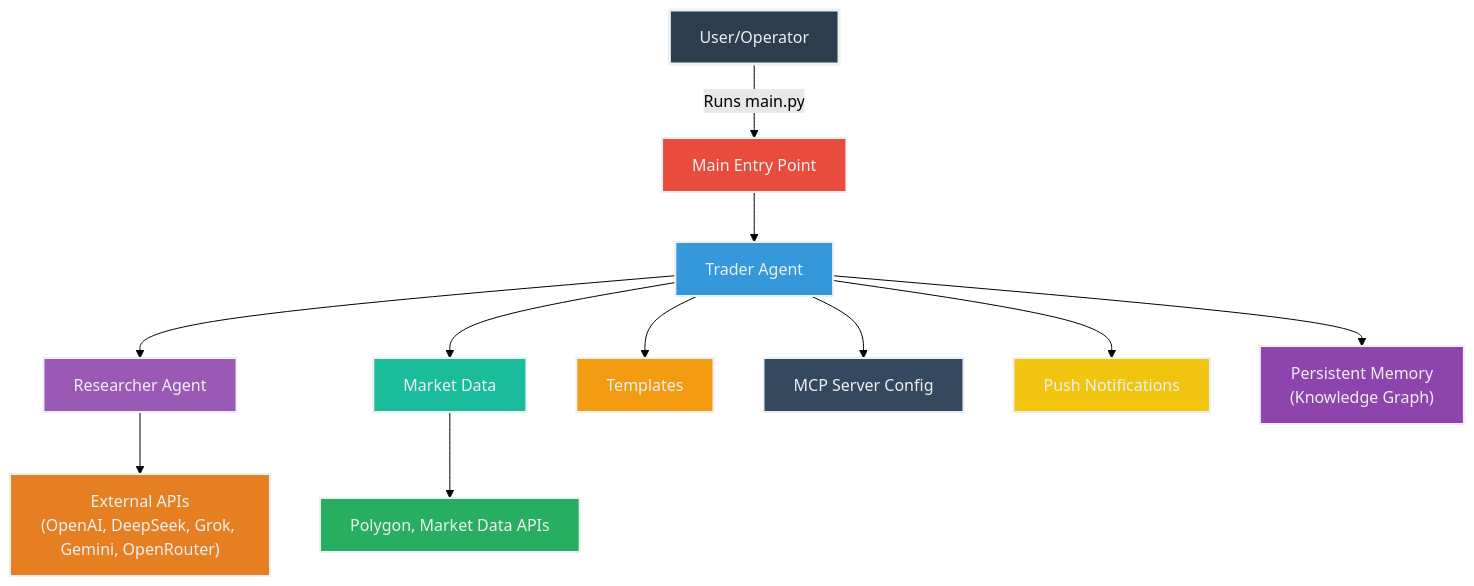
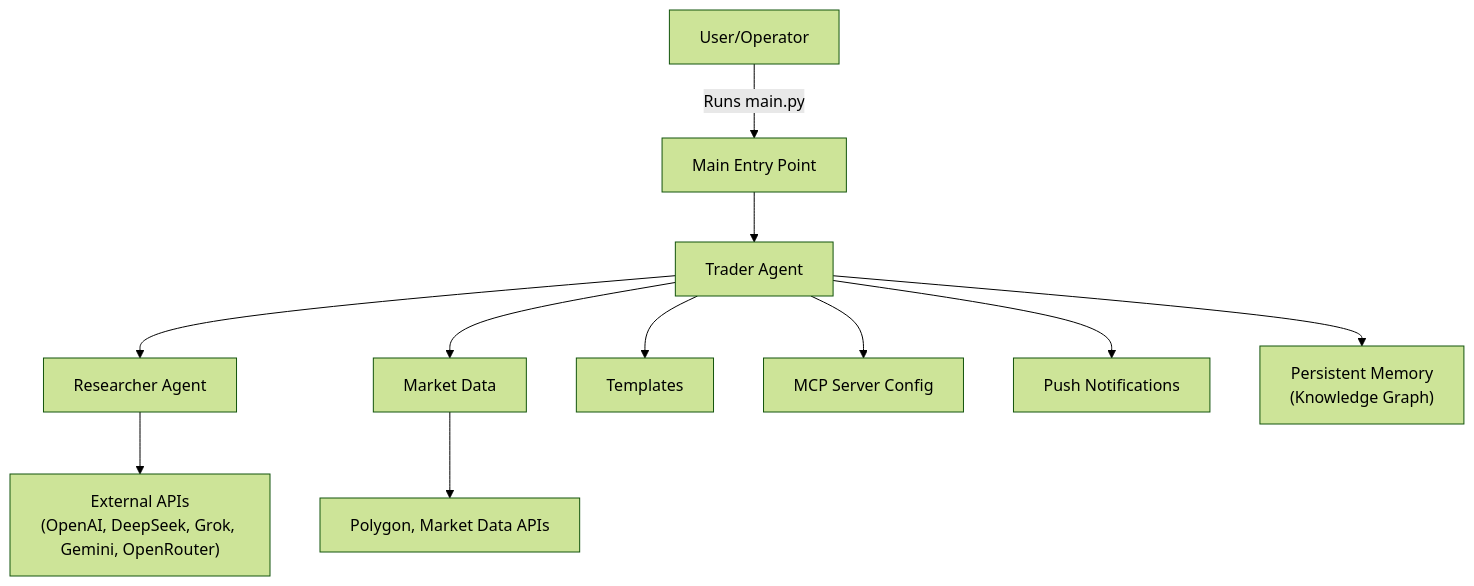
One commit to arneesh/mcp-autonomous-traders changed the second of 2 diagrams in README.md. Above: the diagram before and after it, drawn with Mermaid (forest theme). The commit also changed other lines of this file and 2 other files, not shown here.

Commit message:
chore: 🤖 removed dummy accounts db

````diff
--- a/README.md
+++ b/README.md
@@ -99,25 +92,13 @@
 ```mermaid
 flowchart TD
     A["User/Operator"] -->|"Runs main.py"| B["Main Entry Point"]
     B --> C["Trader Agent"]
     C --> D["Researcher Agent"]
     C --> E["Market Data"]
     C --> F["Templates"]
     C --> G["MCP Server Config"]
     D --> H["External APIs<br/>(OpenAI, DeepSeek, Grok, Gemini, OpenRouter)"]
     E --> I["Polygon, Market Data APIs"]
     C --> J["Push Notifications"]
     C --> K["Persistent Memory<br/>(Knowledge Graph)"]
-
-    style A fill:#2c3e50,stroke:#ecf0f1,stroke-width:3px,color:#ecf0f1
-    style B fill:#e74c3c,stroke:#ecf0f1,stroke-width:2px,color:#ecf0f1
-    style C fill:#3498db,stroke:#ecf0f1,stroke-width:2px,color:#ecf0f1
-    style D fill:#9b59b6,stroke:#ecf0f1,stroke-width:2px,color:#ecf0f1
-    style E fill:#1abc9c,stroke:#ecf0f1,stroke-width:2px,color:#ecf0f1
-    style F fill:#f39c12,stroke:#ecf0f1,stroke-width:2px,color:#ecf0f1
-    style G fill:#34495e,stroke:#ecf0f1,stroke-width:2px,color:#ecf0f1
-    style H fill:#e67e22,stroke:#ecf0f1,stroke-width:2px,color:#ecf0f1
-    style I fill:#27ae60,stroke:#ecf0f1,stroke-width:2px,color:#ecf0f1
-    style J fill:#f1c40f,stroke:#ecf0f1,stroke-width:2px,color:#ecf0f1
-    style K fill:#8e44ad,stroke:#ecf0f1,stroke-width:2px,color:#ecf0f1
 ```
````
